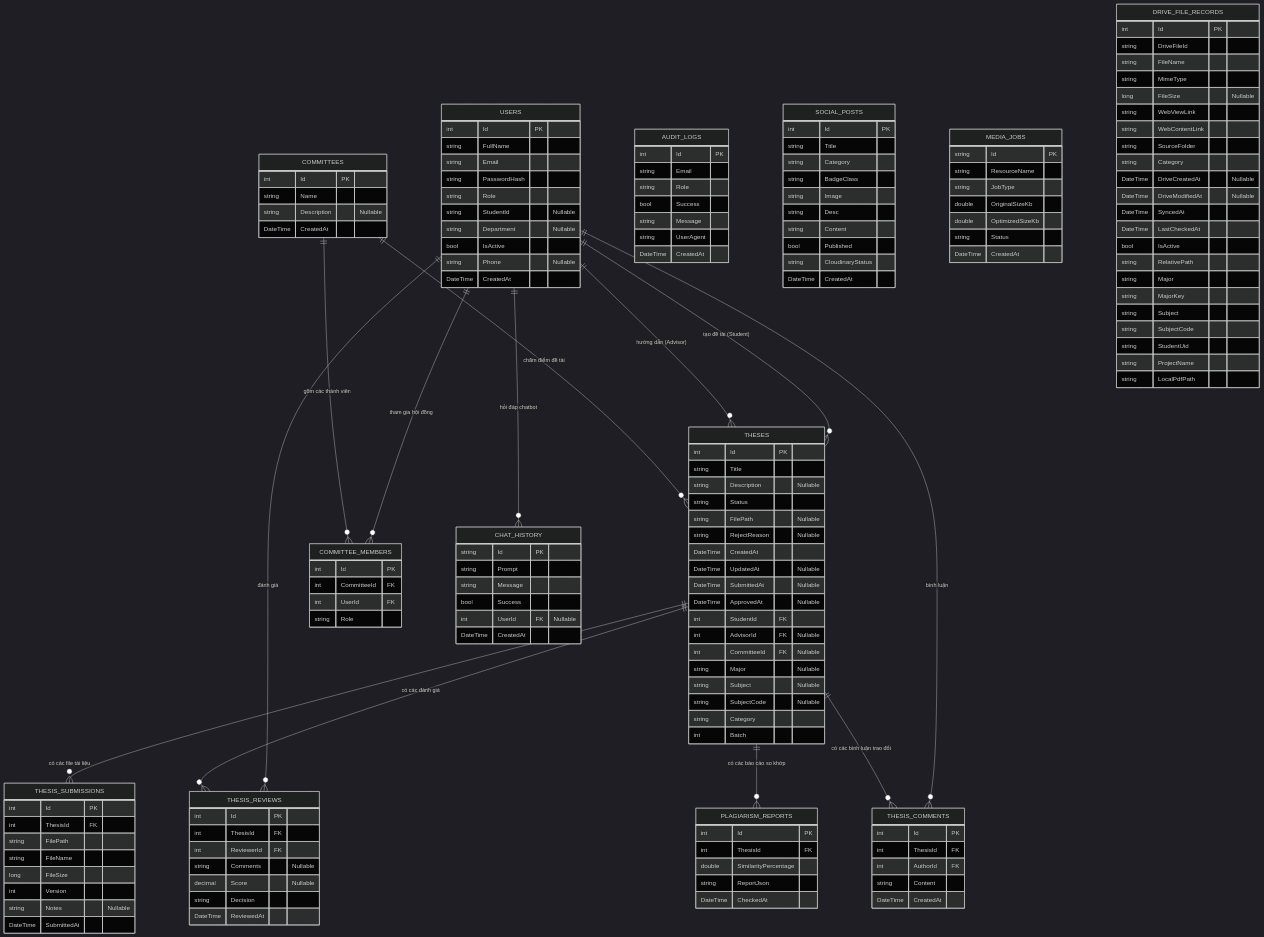
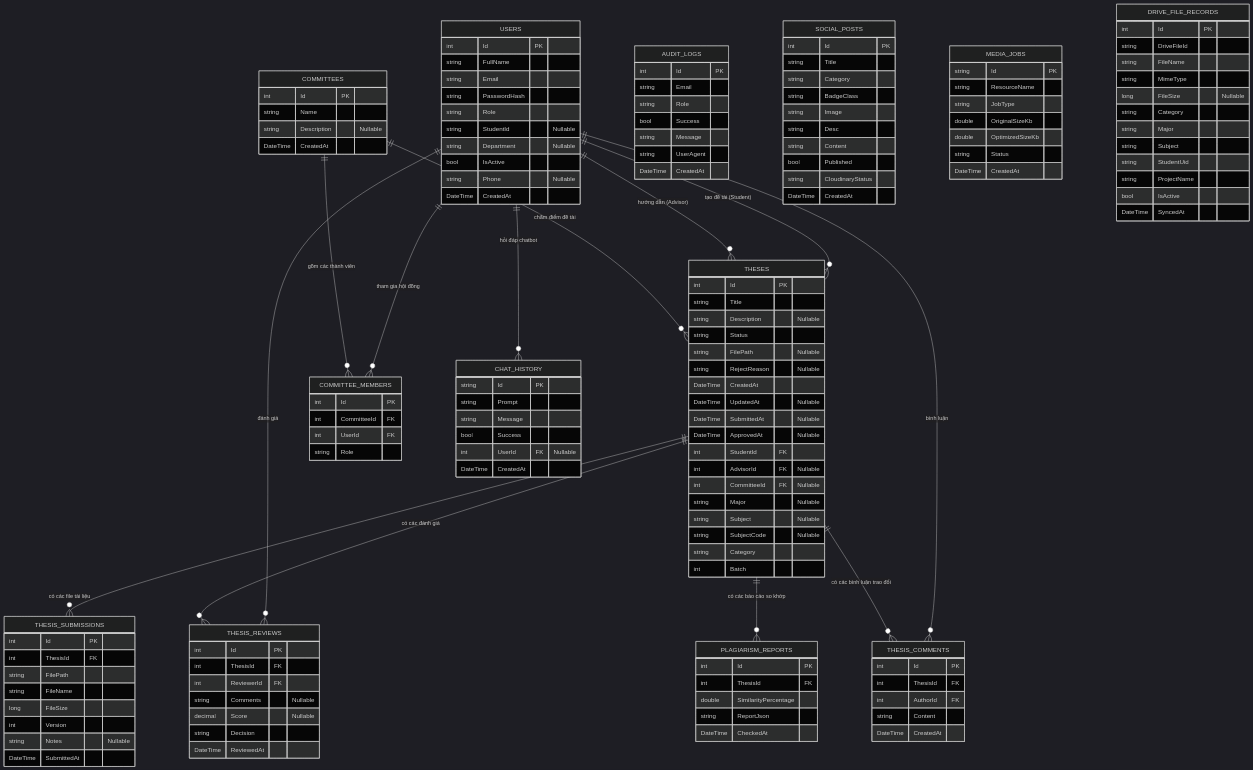
The first of 3 diagrams in README.md (phucnguyen2716/Thesis-Management), drawn with Mermaid (dark theme) before and after one commit.

Commit message:
docs: simplify DRIVE_FILE_RECORDS attributes in ERD diagram

```diff
--- a/README.md
+++ b/README.md
@@ -548,23 +548,13 @@
         string FileName
         string MimeType
         long FileSize "Nullable"
-        string WebViewLink
-        string WebContentLink
-        string SourceFolder
         string Category
-        DateTime DriveCreatedAt "Nullable"
-        DateTime DriveModifiedAt "Nullable"
-        DateTime SyncedAt
-        DateTime LastCheckedAt
-        bool IsActive
-        string RelativePath
         string Major
-        string MajorKey
         string Subject
-        string SubjectCode
         string StudentUid
         string ProjectName
-        string LocalPdfPath
+        bool IsActive
+        DateTime SyncedAt
     }
 
     USERS ||--o{ THESES : "tạo đề tài (Student)"
```
